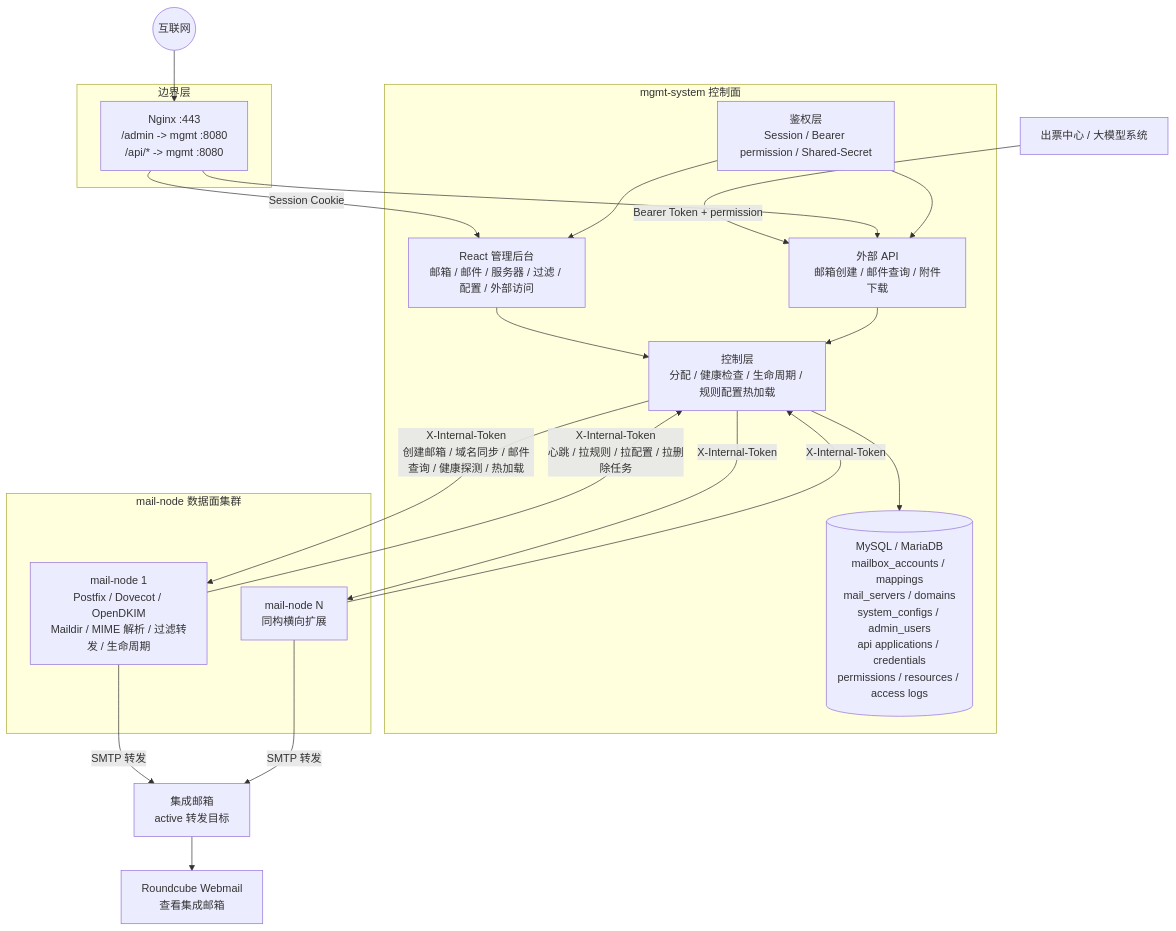
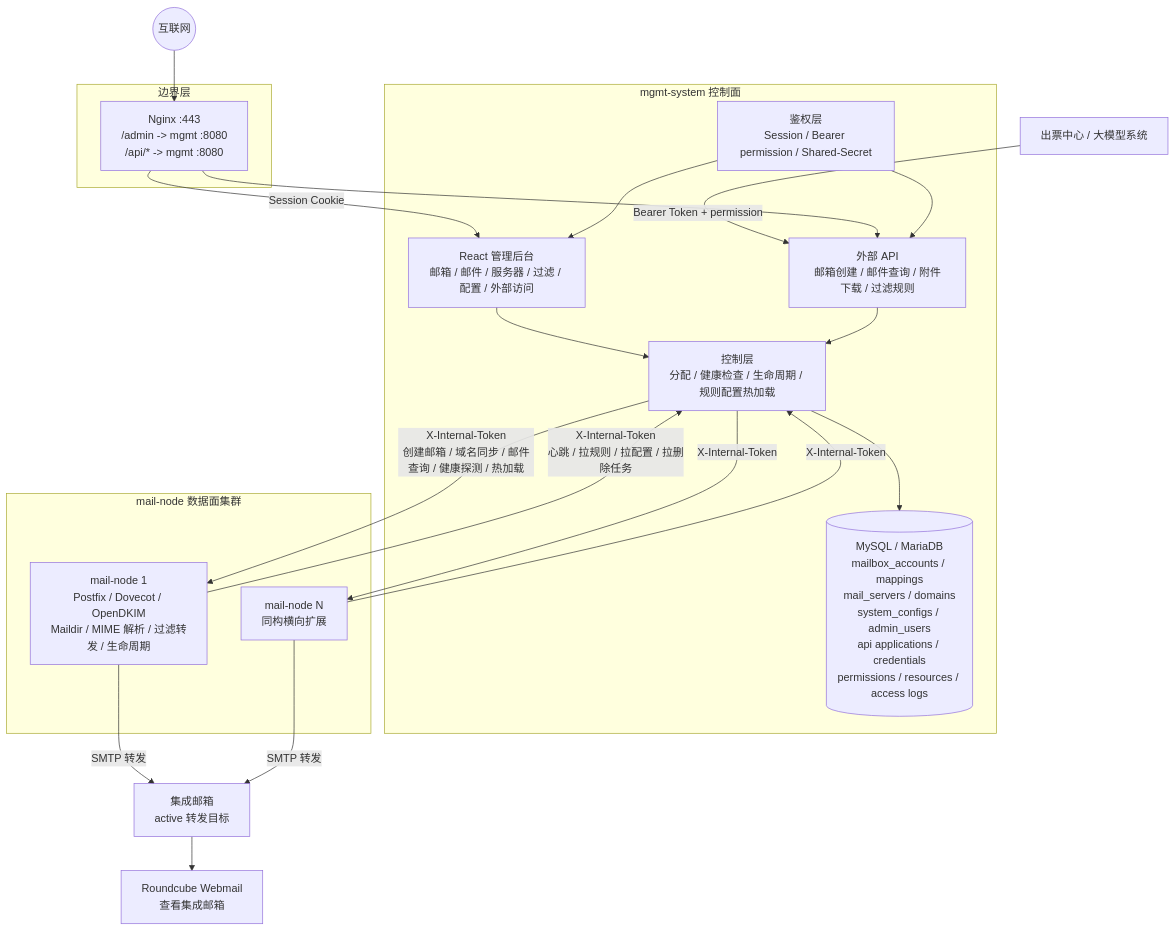
Before and after one commit to snowflake-yezi/MailHub: the first of 3 diagrams in docs/architecture-overview.md, drawn with Mermaid. The commit also changed other lines of this file and 14 other files, not shown here.

````diff
--- a/docs/architecture-overview.md
+++ b/docs/architecture-overview.md
@@ -9,45 +9,45 @@
 ```mermaid
 flowchart TB
     internet((互联网))
 
     subgraph edge["边界层"]
         nginx["Nginx :443<br/>/admin -> mgmt :8080<br/>/api/* -> mgmt :8080"]
     end
 
     subgraph mgmt["mgmt-system 控制面"]
         auth["鉴权层<br/>Session / Bearer permission / Shared-Secret"]
         web["React 管理后台<br/>邮箱 / 邮件 / 服务器 / 过滤 / 配置 / 外部访问"]
-        api["外部 API<br/>邮箱创建 / 邮件查询 / 附件下载"]
+        api["外部 API<br/>邮箱创建 / 邮件查询 / 附件下载 / 过滤规则"]
         control["控制层<br/>分配 / 健康检查 / 生命周期 / 规则配置热加载"]
         db[("MySQL / MariaDB<br/>mailbox_accounts / mappings<br/>mail_servers / domains<br/>system_configs / admin_users<br/>api applications / credentials<br/>permissions / resources / access logs")]
     end
 
     subgraph nodes["mail-node 数据面集群"]
         node1["mail-node 1<br/>Postfix / Dovecot / OpenDKIM<br/>Maildir / MIME 解析 / 过滤转发 / 生命周期"]
         nodeN["mail-node N<br/>同构横向扩展"]
     end
 
     caller["出票中心 / 大模型系统"]
     union["集成邮箱<br/>active 转发目标"]
     roundcube["Roundcube Webmail<br/>查看集成邮箱"]
 
     internet --> nginx
     caller -->|"Bearer Token + permission"| api
     nginx -->|"Session Cookie"| web
     nginx --> api
 
     auth --> web
     auth --> api
     web --> control
     api --> control
     control --> db
 
     control -->|"X-Internal-Token<br/>创建邮箱 / 域名同步 / 邮件查询 / 健康探测 / 热加载"| node1
     control -->|"X-Internal-Token"| nodeN
     node1 -->|"X-Internal-Token<br/>心跳 / 拉规则 / 拉配置 / 拉删除任务"| control
     nodeN -->|"X-Internal-Token"| control
 
     node1 -->|"SMTP 转发"| union
     nodeN -->|"SMTP 转发"| union
     union --> roundcube
 ```
````
